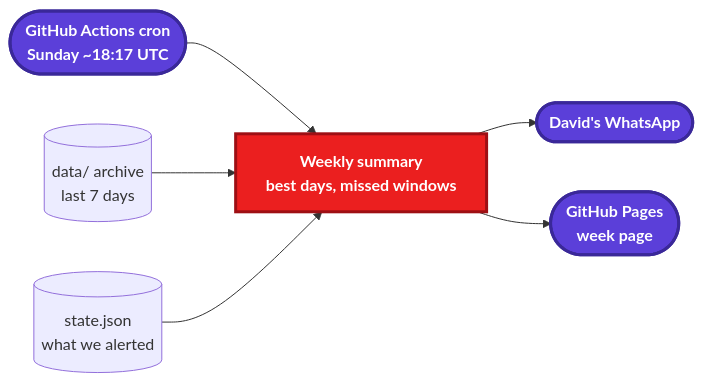
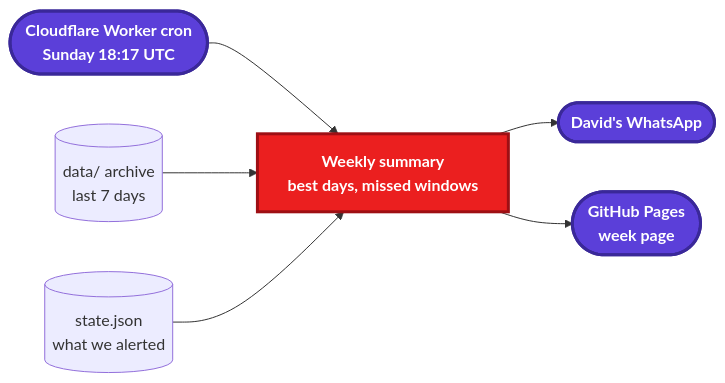
Before and after one commit to daplein/wing-alert: the second of 3 diagrams in docs/specs/wing-alert.md, drawn with Mermaid. The commit also changed other lines of this file and 8 other files, not shown here.

First line of the commit message:
Start the jobs on time from a Cloudflare Worker

````diff
--- a/docs/specs/wing-alert.md
+++ b/docs/specs/wing-alert.md
@@ -68,18 +68,18 @@
 ```mermaid
 flowchart LR
-    cron([GitHub Actions cron<br/>Sunday ~18:17 UTC]):::ext
+    cron([Cloudflare Worker cron<br/>Sunday 18:17 UTC]):::ext
     archive[(data/ archive<br/>last 7 days)]
     sent[(state.json<br/>what we alerted)]
     review[Weekly summary<br/>best days, missed windows]:::hot
     me([David's WhatsApp]):::ext
     pages([GitHub Pages<br/>week page]):::ext
 
     cron --> review
     archive --> review
     sent --> review
     review --> me
     review --> pages
 
     classDef hot fill:#EB1F1F,stroke:#9E0F14,stroke-width:3px,color:#fff,font-weight:bold
     classDef ext fill:#5B3FD9,stroke:#3A2899,stroke-width:3px,color:#fff,font-weight:bold
 ```
````
